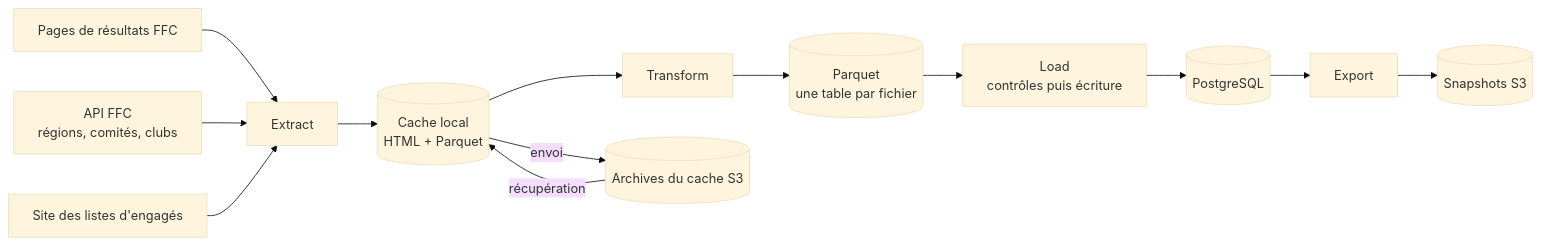
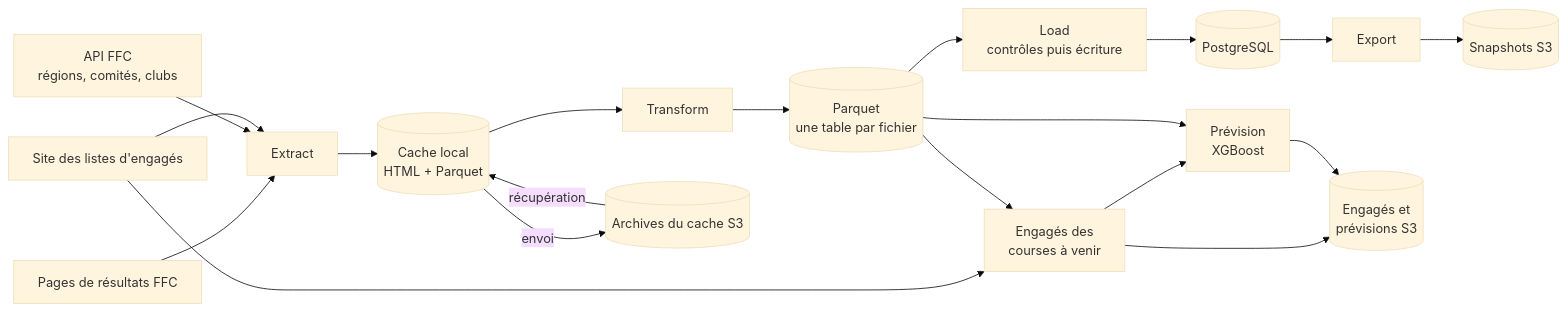
The first of 2 diagrams in README.md (YoannRobert/access-it), drawn with Mermaid (base theme) before and after one commit. The commit also changed other lines of this file and 1 other file, not shown here.

````diff
--- a/README.md
+++ b/README.md
@@ -24,14 +25,20 @@
 ```mermaid
 flowchart LR
     FFC[Pages de résultats FFC] --> E[Extract]
     API[API FFC<br/>régions, comités, clubs] --> E
     SL[Site des listes d'engagés] --> E
     E --> C[(Cache local<br/>HTML + Parquet)]
     C --> T[Transform]
     T --> P[(Parquet<br/>une table par fichier)]
     P --> L[Load<br/>contrôles puis écriture]
     L --> DB[(PostgreSQL)]
     DB --> S[Export] --> S3[(Snapshots S3)]
     AR[(Archives du cache S3)] -- récupération --> C
     C -- envoi --> AR
+    SL --> UE[Engagés des<br/>courses à venir]
+    P --> UE
+    UE --> FC[Prévision<br/>XGBoost]
+    P --> FC
+    UE --> UF[(Engagés et<br/>prévisions S3)]
+    FC --> UF
 ```
````
